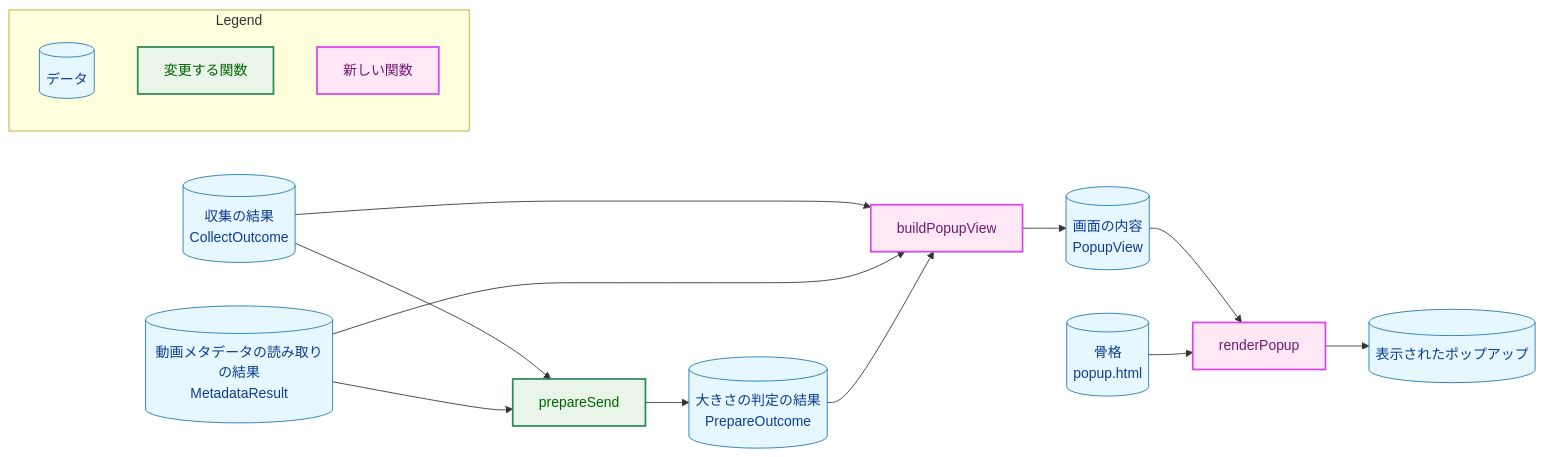
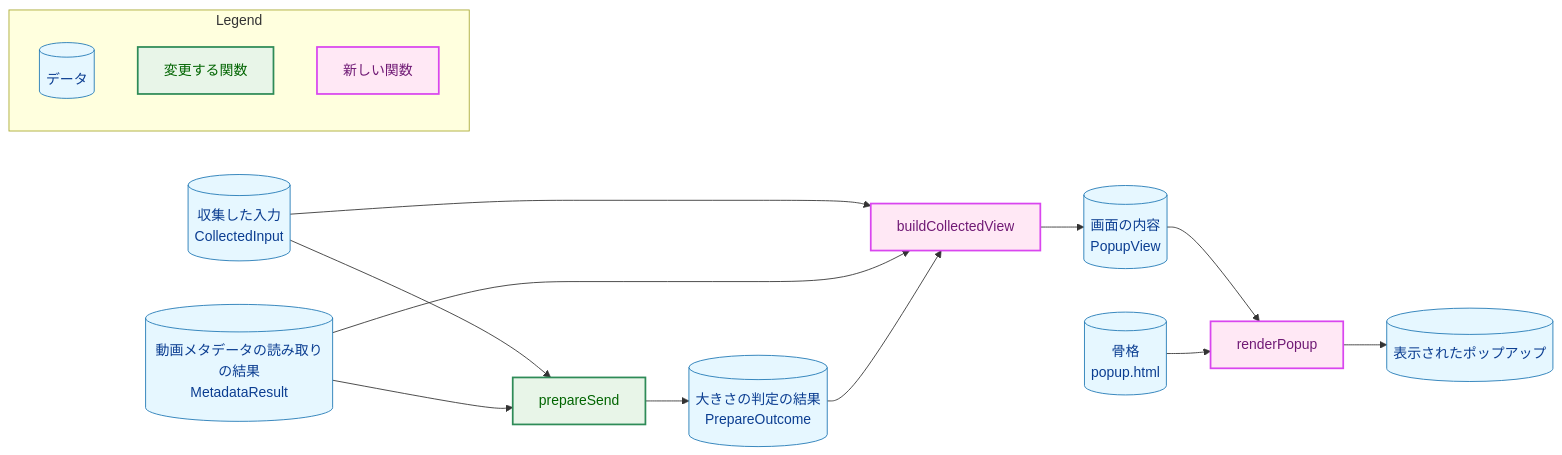
Before and after one commit to isseis/yt2column: the first of 5 diagrams in docs/tasks/0046_popup_redesign/02_architecture.md, drawn with Mermaid. The commit also changed other lines of this file, not shown here.

First line of the commit message:
docs(0046): address architecture review and Japanese prose findings

````diff
--- a/docs/tasks/0046_popup_redesign/02_architecture.md
+++ b/docs/tasks/0046_popup_redesign/02_architecture.md
@@ -53,42 +54,41 @@
 ```mermaid
 flowchart LR
     classDef data fill:#e6f7ff,stroke:#1f77b4,stroke-width:1px,color:#0b3d91;
-    classDef process fill:#fff1e6,stroke:#ff7f0e,stroke-width:1px,color:#8a3e00;
     classDef enhanced fill:#e8f5e8,stroke:#2e8b57,stroke-width:2px,color:#006400;
     classDef newpkg fill:#ffe8f5,stroke:#d946ef,stroke-width:2px,color:#701a75;
 
-    OUTCOME[("収集の結果<br>CollectOutcome")]
+    INPUT[("収集した入力<br>CollectedInput")]
     META[("動画メタデータの読み取りの結果<br>MetadataResult")]
     PREP[("大きさの判定の結果<br>PrepareOutcome")]
     VIEW[("画面の内容<br>PopupView")]
     SKEL[("骨格<br>popup.html")]
     DOM[("表示されたポップアップ")]
 
-    BUILD["buildPopupView"]
+    BUILD["buildCollectedView"]
     RENDER["renderPopup"]
     PREPARE["prepareSend"]
 
-    OUTCOME --> PREPARE
+    INPUT --> PREPARE
     META --> PREPARE
     PREPARE --> PREP
-    OUTCOME --> BUILD
+    INPUT --> BUILD
     META --> BUILD
     PREP --> BUILD
     BUILD --> VIEW
     VIEW --> RENDER
     SKEL --> RENDER
     RENDER --> DOM
 
-    class OUTCOME,META,PREP,VIEW,SKEL,DOM data
+    class INPUT,META,PREP,VIEW,SKEL,DOM data
     class PREPARE enhanced
     class BUILD,RENDER newpkg
 
     subgraph Legend["Legend"]
         L1[("データ")]
         L2["変更する関数"]
         L3["新しい関数"]
     end
     class L1 data
     class L2 enhanced
     class L3 newpkg
 ```
````
